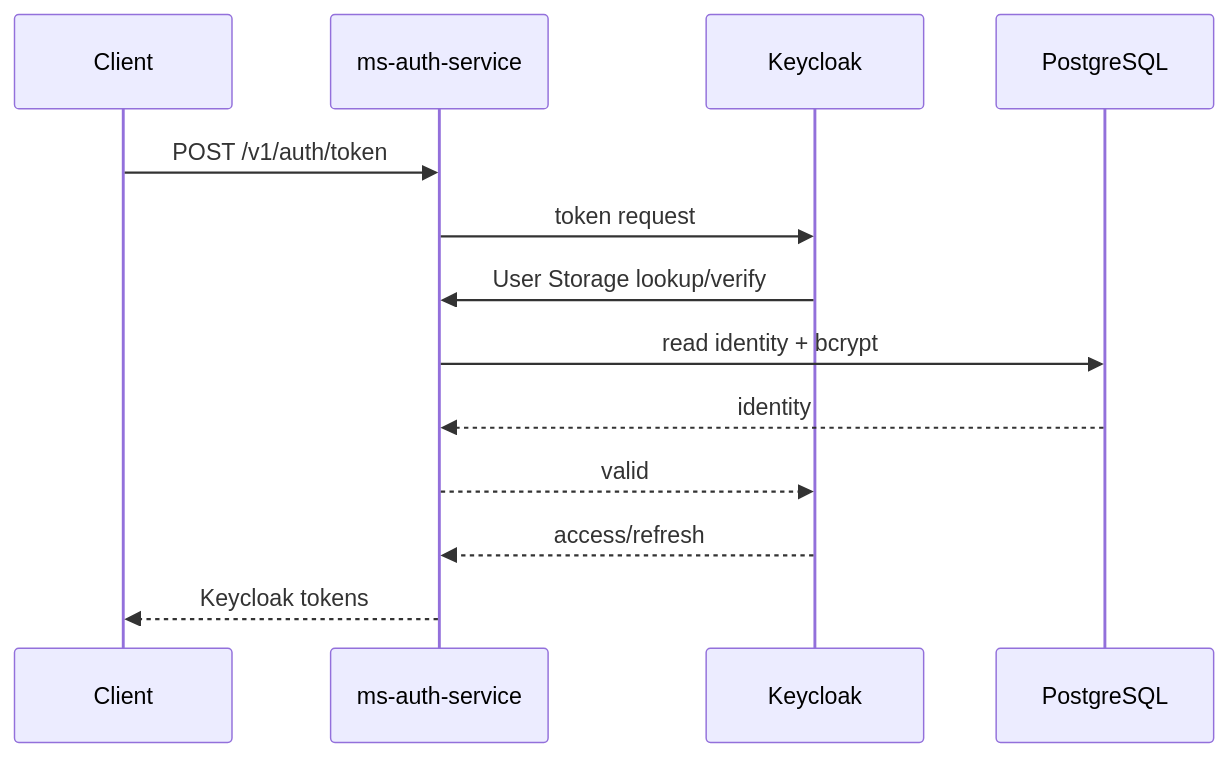
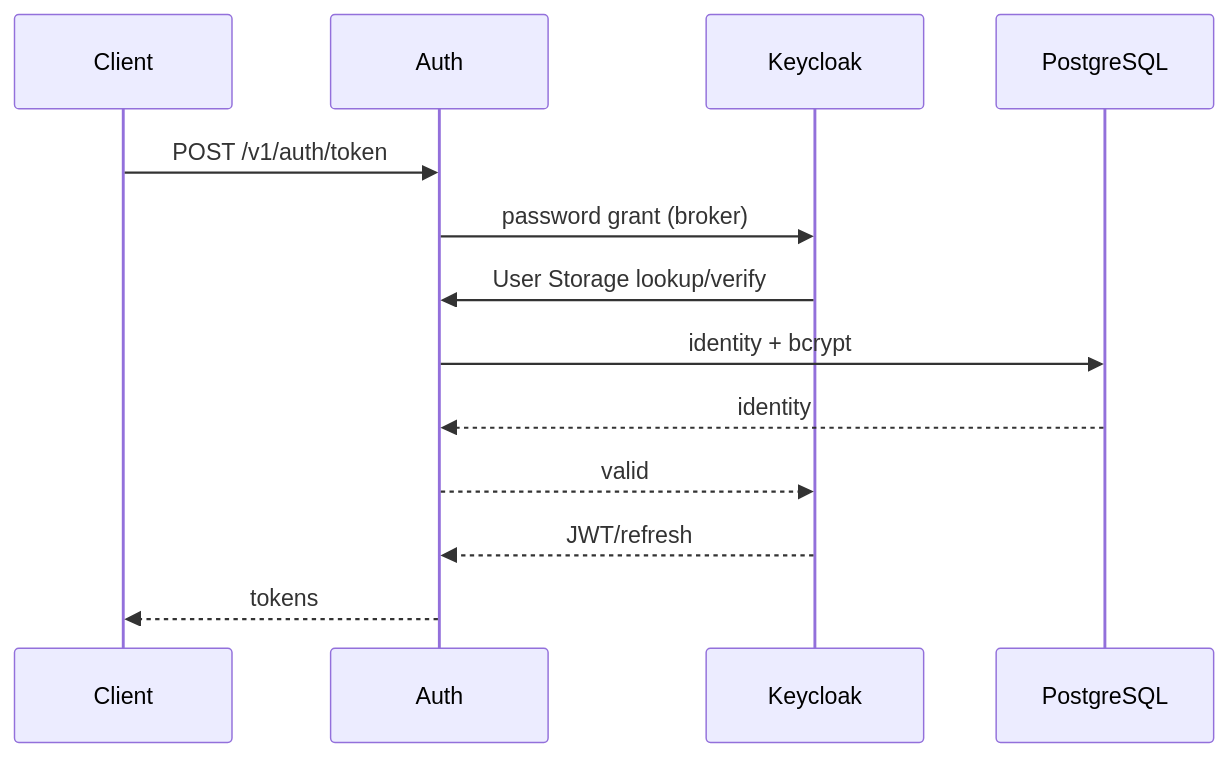
The second of 2 diagrams in docs/apis/authentication.md (Ouros-App/ouros-docs), drawn with Mermaid before and after one commit. The commit also changed other lines of this file and 31 other files, not shown here.

````diff
--- a/docs/apis/authentication.md
+++ b/docs/apis/authentication.md
@@ -41,16 +56,16 @@
 ```mermaid
 sequenceDiagram
     participant C as Client
-    participant A as ms-auth-service
+    participant A as Auth
     participant K as Keycloak
     participant P as PostgreSQL
 
     C->>A: POST /v1/auth/token
-    A->>K: token request
+    A->>K: password grant (broker)
     K->>A: User Storage lookup/verify
-    A->>P: read identity + bcrypt
+    A->>P: identity + bcrypt
     P-->>A: identity
     A-->>K: valid
-    K-->>A: access/refresh
-    A-->>C: Keycloak tokens
+    K-->>A: JWT/refresh
+    A-->>C: tokens
 ```
````
